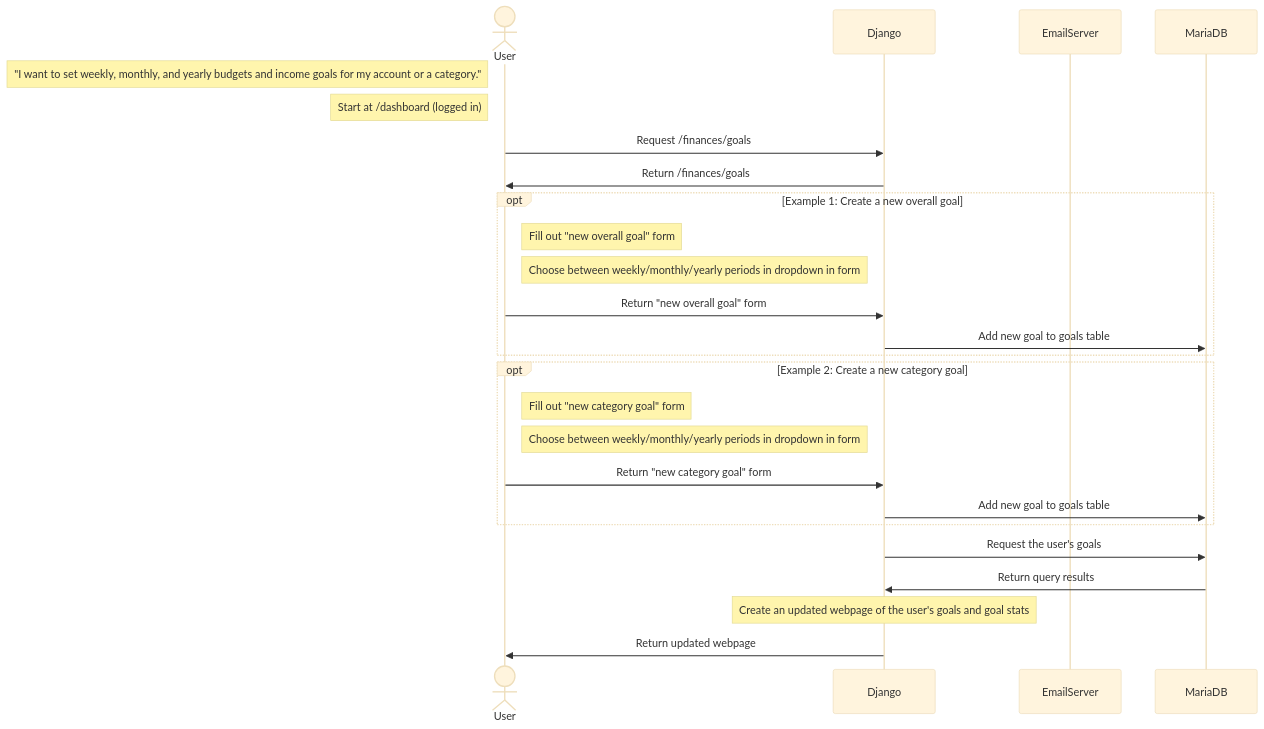
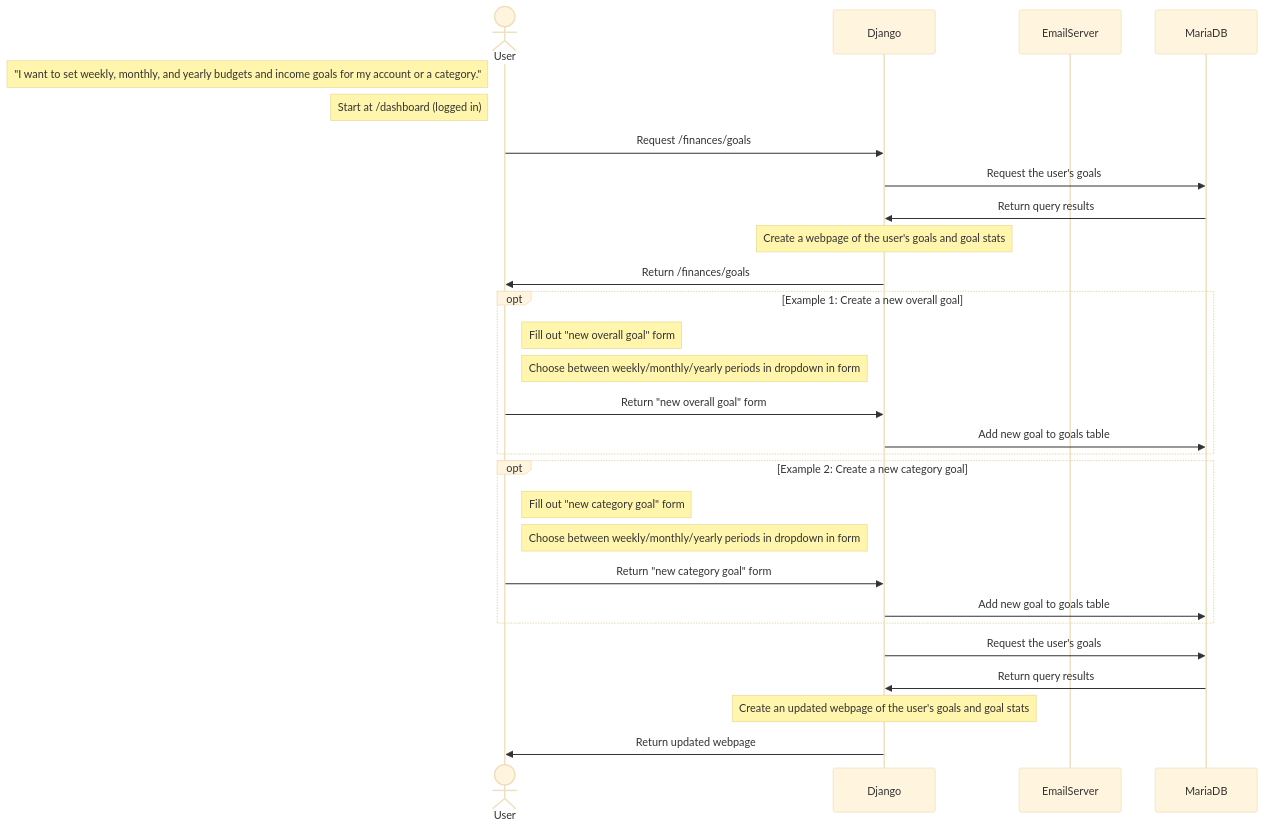
The diagram in docs/use_case_sequences/income_goals.mermaid (familycrest/personal-finance-tracker), drawn with Mermaid (base theme) before and after one commit. The commit also changed 2 other files, not shown here.

Commit message:
add in missing django-database interactions

```diff
--- a/docs/use_case_sequences/income_goals.mermaid
+++ b/docs/use_case_sequences/income_goals.mermaid
@@ -1,34 +1,39 @@
 sequenceDiagram
     actor User
     participant Django
     participant EmailServer
     participant MariaDB
 
     Note left of User: "I want to set weekly, monthly, and yearly budgets and income goals for my account or a category."
     Note left of User: Start at /dashboard (logged in)
     
     User->>Django: Request /finances/goals
+    Django->>MariaDB: Request the user's goals
+    MariaDB->>Django: Return query results
+
+    Note over Django: Create a webpage of the user's goals and goal stats
+
     Django->>User: Return /finances/goals
     
     opt Example 1: Create a new overall goal
         Note right of User: Fill out "new overall goal" form
         Note right of User: Choose between weekly/monthly/yearly periods in dropdown in form
             
         User->>Django: Return "new overall goal" form
         Django->>MariaDB: Add new goal to goals table
     end
 
     opt Example 2: Create a new category goal
         Note right of User: Fill out "new category goal" form
         Note right of User: Choose between weekly/monthly/yearly periods in dropdown in form
             
         User->>Django: Return "new category goal" form
         Django->>MariaDB: Add new goal to goals table
     end
     
     Django->>MariaDB: Request the user's goals
     MariaDB->>Django: Return query results
     
     Note over Django: Create an updated webpage of the user's goals and goal stats
 
     Django->>User: Return updated webpage
```
